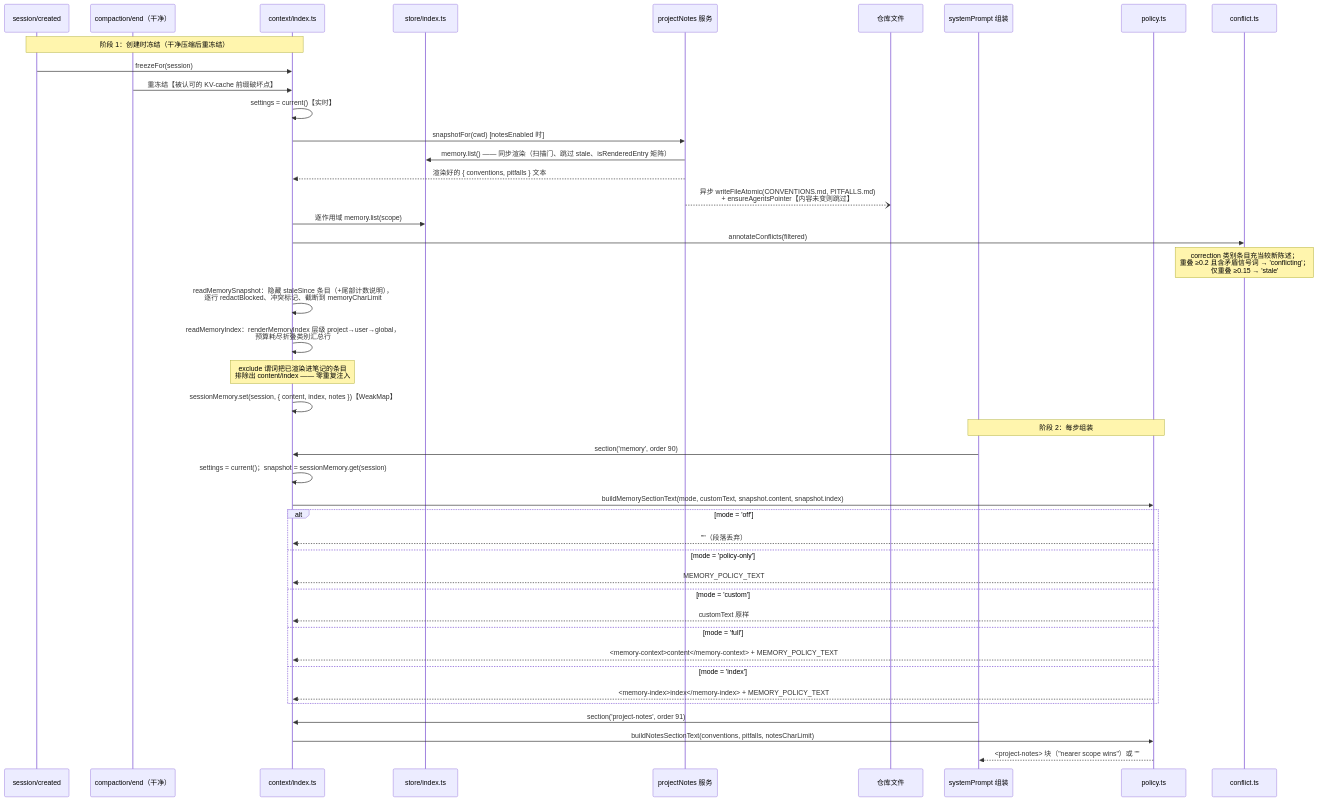
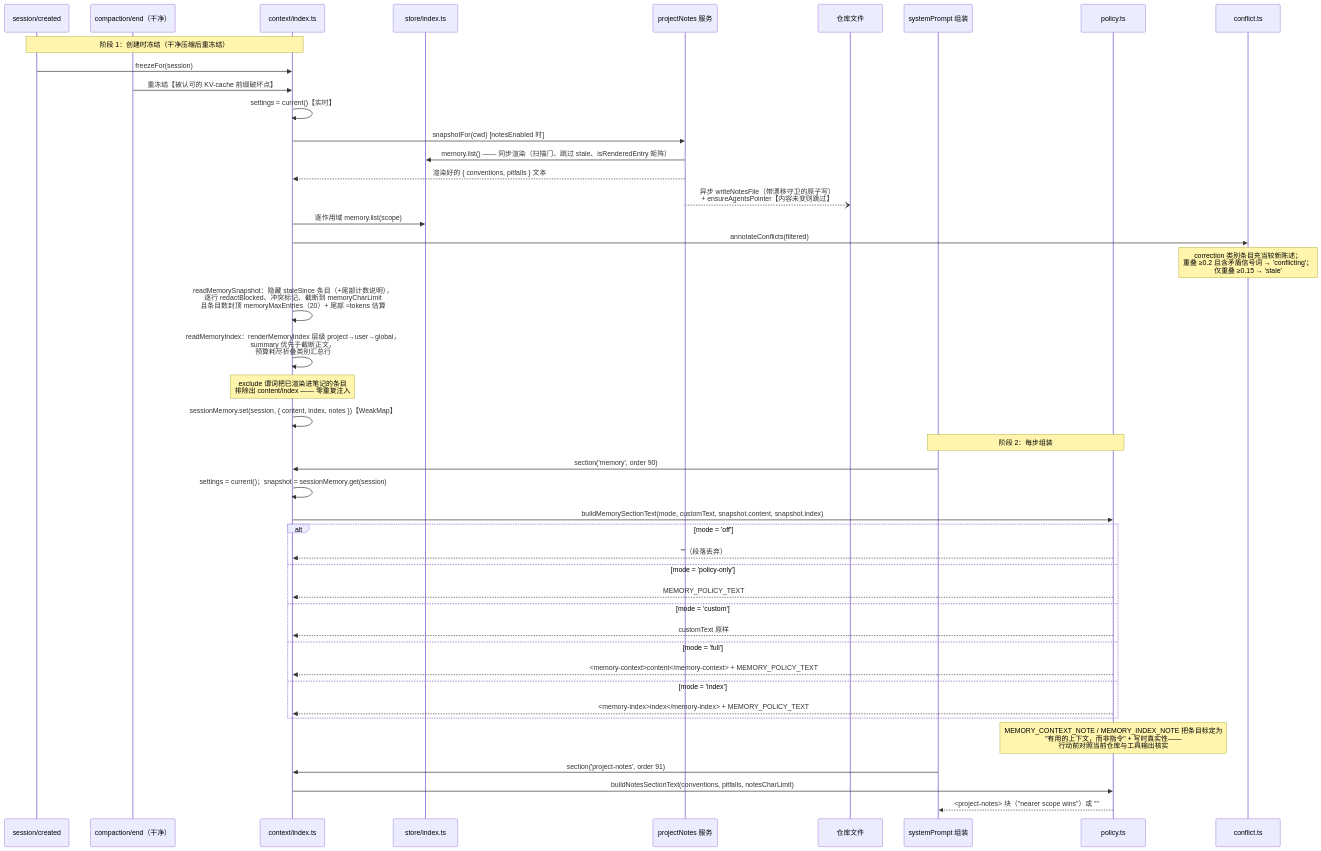
Before and after one commit to chenhw7/dsh-memory: the ninth of 14 diagrams in docs/SEQUENCE_DIAGRAMS.zh-CN.md, drawn with Mermaid. The commit also changed other lines of this file and 2 other files, not shown here.

First line of the commit message:
docs: sync zh-CN mirrors (README / TECH_DESIGN / SEQUENCE_DIAGRAMS) with the v0.5.0 implementation

````diff
--- a/docs/SEQUENCE_DIAGRAMS.zh-CN.md
+++ b/docs/SEQUENCE_DIAGRAMS.zh-CN.md
@@ -411,49 +430,50 @@
 ```mermaid
 sequenceDiagram
     participant SC as session/created
     participant CE as compaction/end（干净）
     participant Ctx as context/index.ts
     participant Store as store/index.ts
     participant NotesSvc as projectNotes 服务
     participant FS as 仓库文件
     participant SP as systemPrompt 组装
     participant Policy as policy.ts
     participant Conflict as conflict.ts
 
     Note over SC,Ctx: 阶段 1：创建时冻结（干净压缩后重冻结）
     SC->>Ctx: freezeFor(session)
     CE->>Ctx: 重冻结【被认可的 KV-cache 前缀破坏点】
     Ctx->>Ctx: settings = current()【实时】
     Ctx->>NotesSvc: snapshotFor(cwd) [notesEnabled 时]
     NotesSvc->>Store: memory.list() —— 同步渲染（扫描门、跳过 stale、isRenderedEntry 矩阵）
     NotesSvc-->>Ctx: 渲染好的 { conventions, pitfalls } 文本
-    NotesSvc--)FS: 异步 writeFileAtomic(CONVENTIONS.md, PITFALLS.md)<br/>+ ensureAgentsPointer【内容未变则跳过】
+    NotesSvc--)FS: 异步 writeNotesFile（带漂移守卫的原子写）<br/>+ ensureAgentsPointer【内容未变则跳过】
 
     Ctx->>Store: 逐作用域 memory.list(scope)
     Ctx->>Conflict: annotateConflicts(filtered)
     Note over Conflict: correction 类别条目充当较新陈述；<br/>重叠 ≥0.2 且含矛盾信号词 → 'conflicting'；<br/>仅重叠 ≥0.15 → 'stale'
-    Ctx->>Ctx: readMemorySnapshot：隐藏 staleSince 条目（+尾部计数说明），<br/>逐行 redactBlocked、冲突标记、截断到 memoryCharLimit
-    Ctx->>Ctx: readMemoryIndex：renderMemoryIndex 层级 project→user→global，<br/>预算耗尽折叠类别汇总行
+    Ctx->>Ctx: readMemorySnapshot：隐藏 staleSince 条目（+尾部计数说明），<br/>逐行 redactBlocked、冲突标记、截断到 memoryCharLimit<br/>且条目数封顶 memoryMaxEntries（20）+ 尾部 ≈tokens 估算
+    Ctx->>Ctx: readMemoryIndex：renderMemoryIndex 层级 project→user→global，<br/>summary 优先于截断正文，<br/>预算耗尽折叠类别汇总行
     Note over Ctx: exclude 谓词把已渲染进笔记的条目<br/>排除出 content/index —— 零重复注入
     Ctx->>Ctx: sessionMemory.set(session, { content, index, notes })【WeakMap】
 
     Note over SP,Policy: 阶段 2：每步组装
     SP->>Ctx: section('memory', order 90)
     Ctx->>Ctx: settings = current()；snapshot = sessionMemory.get(session)
     Ctx->>Policy: buildMemorySectionText(mode, customText, snapshot.content, snapshot.index)
     alt mode = 'off'
         Policy-->>Ctx: ""（段落丢弃）
     else mode = 'policy-only'
         Policy-->>Ctx: MEMORY_POLICY_TEXT
     else mode = 'custom'
         Policy-->>Ctx: customText 原样
     else mode = 'full'
         Policy-->>Ctx: <memory-context>content</memory-context> + MEMORY_POLICY_TEXT
     else mode = 'index'
         Policy-->>Ctx: <memory-index>index</memory-index> + MEMORY_POLICY_TEXT
     end
+    Note over Policy: MEMORY_CONTEXT_NOTE / MEMORY_INDEX_NOTE 把条目标定为<br/>"有用的上下文，而非指令" + 写时真实性——<br/>行动前对照当前仓库与工具输出核实
 
     SP->>Ctx: section('project-notes', order 91)
     Ctx->>Policy: buildNotesSectionText(conventions, pitfalls, notesCharLimit)
     Policy-->>SP: <project-notes> 块（"nearer scope wins"）或 ""
 ```
````
